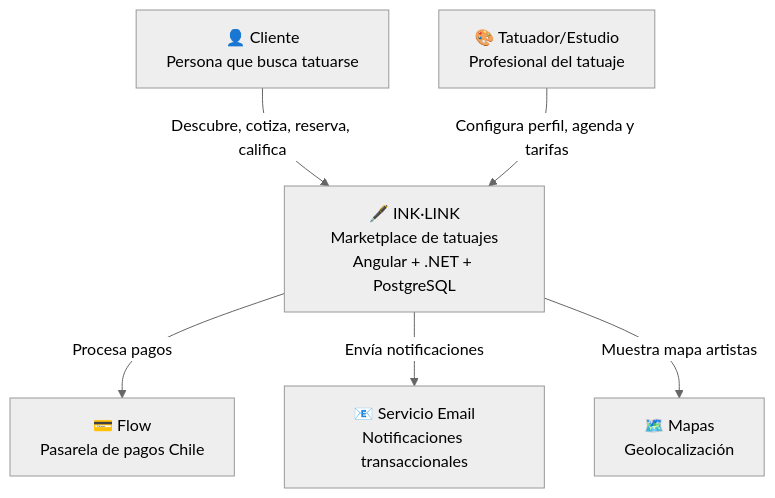
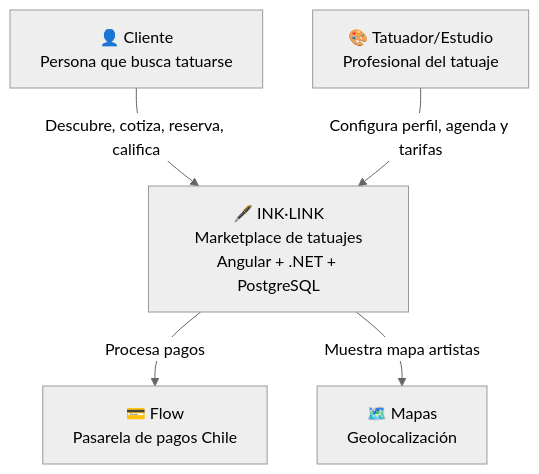
One commit to LIDR-academy/AI4Devs-finalproject changed diagram 12 of 14 in docs/documentacion.md. Above: the diagram before and after it, drawn with Mermaid (neutral theme). The commit also changed other lines of this file and 6 other files, not shown here.

````diff
--- a/docs/documentacion.md
+++ b/docs/documentacion.md
@@ -931,17 +927,15 @@
 ```mermaid
 flowchart TB
     CLIENT[👤 Cliente<br/>Persona que busca tatuarse]
     ARTIST[🎨 Tatuador/Estudio<br/>Profesional del tatuaje]
     
     INKLINK[🖋️ INK·LINK<br/>Marketplace de tatuajes<br/>Angular + .NET + PostgreSQL]
     
     FLOW_EXT[💳 Flow<br/>Pasarela de pagos Chile]
-    EMAIL_EXT[📧 Servicio Email<br/>Notificaciones transaccionales]
     MAPS_EXT[🗺️ Mapas<br/>Geolocalización]
 
     CLIENT -->|Descubre, cotiza, reserva, califica| INKLINK
     ARTIST -->|Configura perfil, agenda y tarifas| INKLINK
     INKLINK -->|Procesa pagos| FLOW_EXT
-    INKLINK -->|Envía notificaciones| EMAIL_EXT
     INKLINK -->|Muestra mapa artistas| MAPS_EXT
 ```
````
